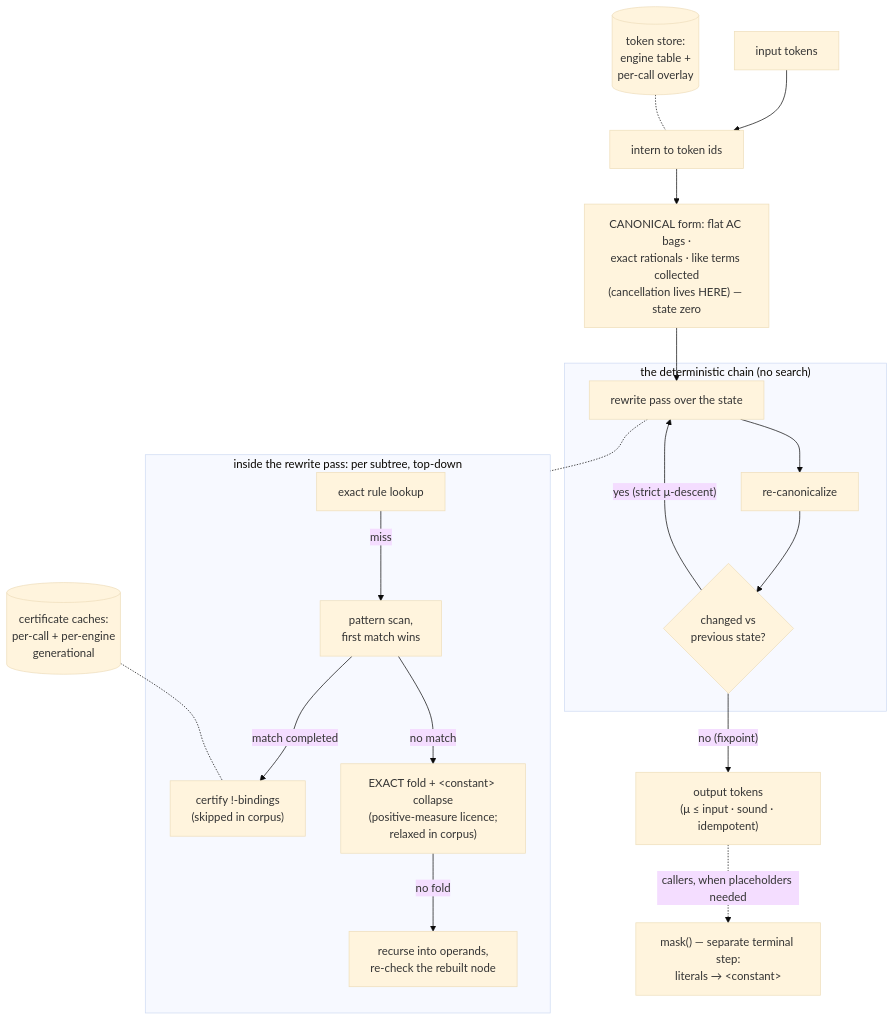
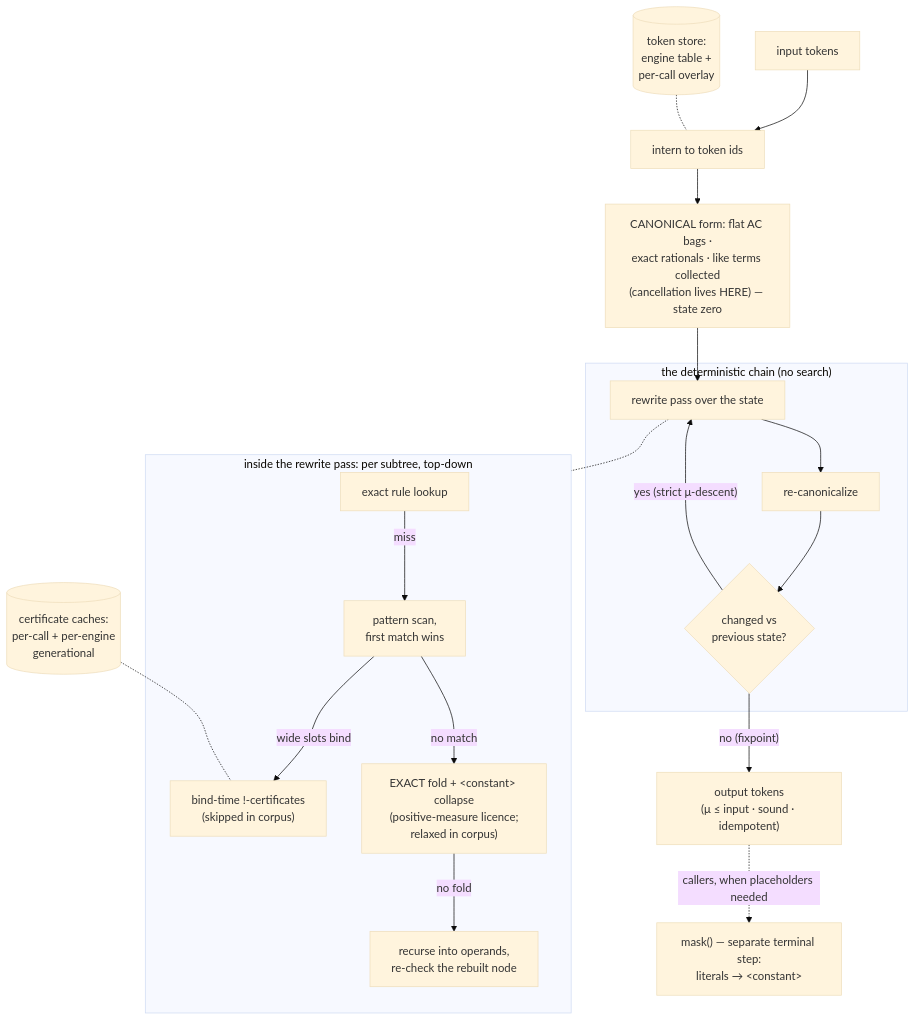
One commit to psaegert/simplipy changed the diagram in docs/guides/simplify.md. Above: the diagram before and after it, drawn with Mermaid (base theme). The commit also changed other lines of this file and 11 other files, not shown here.

````diff
--- a/docs/guides/simplify.md
+++ b/docs/guides/simplify.md
@@ -60,24 +60,24 @@
 ```mermaid
 flowchart TD
     IN["input tokens"] --> INTERN["intern to token ids"]
     INTERN --> CANON0["CANONICAL form: flat AC bags ·<br/>exact rationals · like terms collected<br/>(cancellation lives HERE) — state zero"]
     CANON0 --> PASS
     subgraph LOOP["the deterministic chain (no search)"]
         PASS["rewrite pass over the state"] --> RECANON["re-canonicalize"]
         RECANON --> CONV{"changed vs<br/>previous state?"}
         CONV -- "yes (strict μ-descent)" --> PASS
     end
     CONV -- "no (fixpoint)" --> OUT["output tokens<br/>(μ ≤ input · sound · idempotent)"]
     OUT -. "callers, when placeholders needed" .-> MASK["mask() — separate terminal step:<br/>literals → &lt;constant&gt;"]
 
     subgraph WALK["inside the rewrite pass: per subtree, top-down"]
         EXACT["exact rule lookup"] -- miss --> PATT["pattern scan,<br/>first match wins"]
-        PATT -- "match completed" --> CERT["certify !-bindings<br/>(skipped in corpus)"]
+        PATT -- "wide slots bind" --> CERT["bind-time !-certificates<br/>(skipped in corpus)"]
         PATT -- "no match" --> FOLD["EXACT fold + &lt;constant&gt; collapse<br/>(positive-measure licence;<br/>relaxed in corpus)"]
         FOLD -- "no fold" --> REC["recurse into operands,<br/>re-check the rebuilt node"]
     end
     PASS -.- WALK
 
     STORE[("token store:<br/>engine table +<br/>per-call overlay")] -.- INTERN
     CCACHE[("certificate caches:<br/>per-call + per-engine<br/>generational")] -.- CERT
 ```
````
